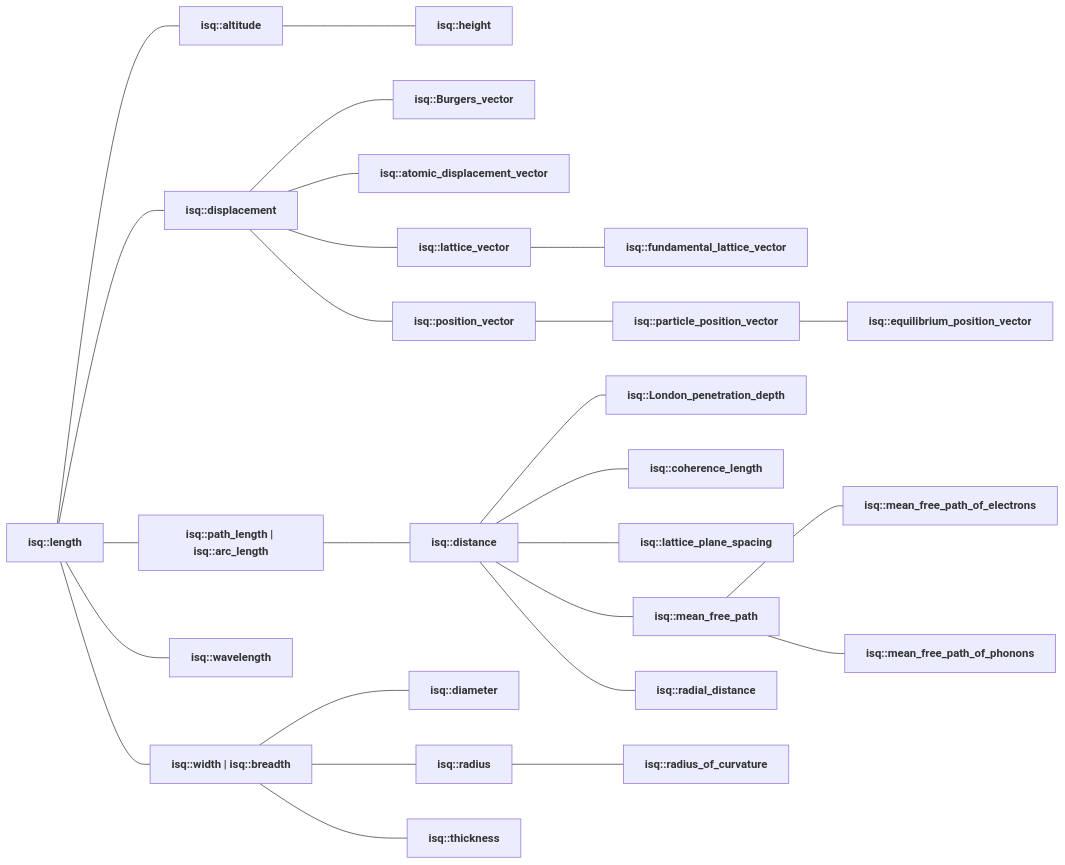
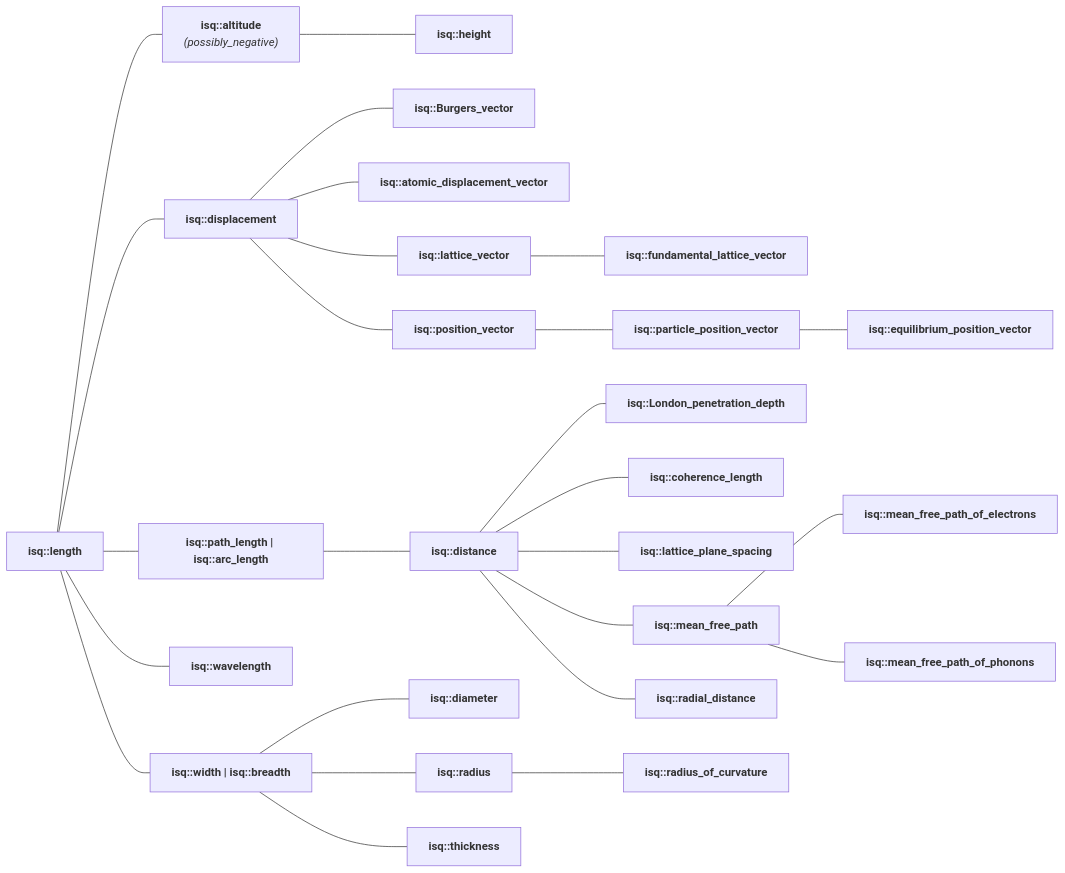
One commit to mpusz/mp-units changed the diagram in docs/reference/systems_reference/hierarchies/length_isq.md. Above: the diagram before and after it, drawn with Mermaid. The commit also changed 6 other files, not shown here.

````diff
--- a/docs/reference/systems_reference/hierarchies/length_isq.md
+++ b/docs/reference/systems_reference/hierarchies/length_isq.md
@@ -10,54 +10,54 @@
 ```mermaid
 flowchart LR
     isq_length["<b><a href="../../systems/isq/#length" style="color: var(--md-mermaid-label-fg-color); text-decoration: none;">isq::length</a></b>"]
-    isq_altitude["<b><a href="../../systems/isq/#altitude" style="color: var(--md-mermaid-label-fg-color); text-decoration: none;">isq::altitude</a></b>"]
+    isq_altitude["<b><a href="../../systems/isq/#altitude" style="color: var(--md-mermaid-label-fg-color); text-decoration: none;">isq::altitude</a></b><br><i>(possibly_negative)</i>"]
     isq_length --- isq_altitude
     isq_height["<b><a href="../../systems/isq/#height" style="color: var(--md-mermaid-label-fg-color); text-decoration: none;">isq::height</a></b>"]
     isq_altitude --- isq_height
     isq_displacement["<b><a href="../../systems/isq/#displacement" style="color: var(--md-mermaid-label-fg-color); text-decoration: none;">isq::displacement</a></b>"]
     isq_length --- isq_displacement
     isq_Burgers_vector["<b><a href="../../systems/isq/#Burgers_vector" style="color: var(--md-mermaid-label-fg-color); text-decoration: none;">isq::Burgers_vector</a></b>"]
     isq_displacement --- isq_Burgers_vector
     isq_atomic_displacement_vector["<b><a href="../../systems/isq/#atomic_displacement_vector" style="color: var(--md-mermaid-label-fg-color); text-decoration: none;">isq::atomic_displacement_vector</a></b>"]
     isq_displacement --- isq_atomic_displacement_vector
     isq_lattice_vector["<b><a href="../../systems/isq/#lattice_vector" style="color: var(--md-mermaid-label-fg-color); text-decoration: none;">isq::lattice_vector</a></b>"]
     isq_displacement --- isq_lattice_vector
     isq_fundamental_lattice_vector["<b><a href="../../systems/isq/#fundamental_lattice_vector" style="color: var(--md-mermaid-label-fg-color); text-decoration: none;">isq::fundamental_lattice_vector</a></b>"]
     isq_lattice_vector --- isq_fundamental_lattice_vector
     isq_position_vector["<b><a href="../../systems/isq/#position_vector" style="color: var(--md-mermaid-label-fg-color); text-decoration: none;">isq::position_vector</a></b>"]
     isq_displacement --- isq_position_vector
     isq_particle_position_vector["<b><a href="../../systems/isq/#particle_position_vector" style="color: var(--md-mermaid-label-fg-color); text-decoration: none;">isq::particle_position_vector</a></b>"]
     isq_position_vector --- isq_particle_position_vector
     isq_equilibrium_position_vector["<b><a href="../../systems/isq/#equilibrium_position_vector" style="color: var(--md-mermaid-label-fg-color); text-decoration: none;">isq::equilibrium_position_vector</a></b>"]
     isq_particle_position_vector --- isq_equilibrium_position_vector
     isq_path_length["<b><a href="../../systems/isq/#path_length" style="color: var(--md-mermaid-label-fg-color); text-decoration: none;">isq::path_length</a> | <a href="../../systems/isq/#arc_length" style="color: var(--md-mermaid-label-fg-color); text-decoration: none;">isq::arc_length</a></b>"]
     isq_length --- isq_path_length
     isq_distance["<b><a href="../../systems/isq/#distance" style="color: var(--md-mermaid-label-fg-color); text-decoration: none;">isq::distance</a></b>"]
     isq_path_length --- isq_distance
     isq_London_penetration_depth["<b><a href="../../systems/isq/#London_penetration_depth" style="color: var(--md-mermaid-label-fg-color); text-decoration: none;">isq::London_penetration_depth</a></b>"]
     isq_distance --- isq_London_penetration_depth
     isq_coherence_length["<b><a href="../../systems/isq/#coherence_length" style="color: var(--md-mermaid-label-fg-color); text-decoration: none;">isq::coherence_length</a></b>"]
     isq_distance --- isq_coherence_length
     isq_lattice_plane_spacing["<b><a href="../../systems/isq/#lattice_plane_spacing" style="color: var(--md-mermaid-label-fg-color); text-decoration: none;">isq::lattice_plane_spacing</a></b>"]
     isq_distance --- isq_lattice_plane_spacing
     isq_mean_free_path["<b><a href="../../systems/isq/#mean_free_path" style="color: var(--md-mermaid-label-fg-color); text-decoration: none;">isq::mean_free_path</a></b>"]
     isq_distance --- isq_mean_free_path
     isq_mean_free_path_of_electrons["<b><a href="../../systems/isq/#mean_free_path_of_electrons" style="color: var(--md-mermaid-label-fg-color); text-decoration: none;">isq::mean_free_path_of_electrons</a></b>"]
     isq_mean_free_path --- isq_mean_free_path_of_electrons
     isq_mean_free_path_of_phonons["<b><a href="../../systems/isq/#mean_free_path_of_phonons" style="color: var(--md-mermaid-label-fg-color); text-decoration: none;">isq::mean_free_path_of_phonons</a></b>"]
     isq_mean_free_path --- isq_mean_free_path_of_phonons
     isq_radial_distance["<b><a href="../../systems/isq/#radial_distance" style="color: var(--md-mermaid-label-fg-color); text-decoration: none;">isq::radial_distance</a></b>"]
     isq_distance --- isq_radial_distance
     isq_wavelength["<b><a href="../../systems/isq/#wavelength" style="color: var(--md-mermaid-label-fg-color); text-decoration: none;">isq::wavelength</a></b>"]
     isq_length --- isq_wavelength
     isq_width["<b><a href="../../systems/isq/#width" style="color: var(--md-mermaid-label-fg-color); text-decoration: none;">isq::width</a> | <a href="../../systems/isq/#breadth" style="color: var(--md-mermaid-label-fg-color); text-decoration: none;">isq::breadth</a></b>"]
     isq_length --- isq_width
     isq_diameter["<b><a href="../../systems/isq/#diameter" style="color: var(--md-mermaid-label-fg-color); text-decoration: none;">isq::diameter</a></b>"]
     isq_width --- isq_diameter
     isq_radius["<b><a href="../../systems/isq/#radius" style="color: var(--md-mermaid-label-fg-color); text-decoration: none;">isq::radius</a></b>"]
     isq_width --- isq_radius
     isq_radius_of_curvature["<b><a href="../../systems/isq/#radius_of_curvature" style="color: var(--md-mermaid-label-fg-color); text-decoration: none;">isq::radius_of_curvature</a></b>"]
     isq_radius --- isq_radius_of_curvature
     isq_thickness["<b><a href="../../systems/isq/#thickness" style="color: var(--md-mermaid-label-fg-color); text-decoration: none;">isq::thickness</a></b>"]
     isq_width --- isq_thickness
 ```
````
